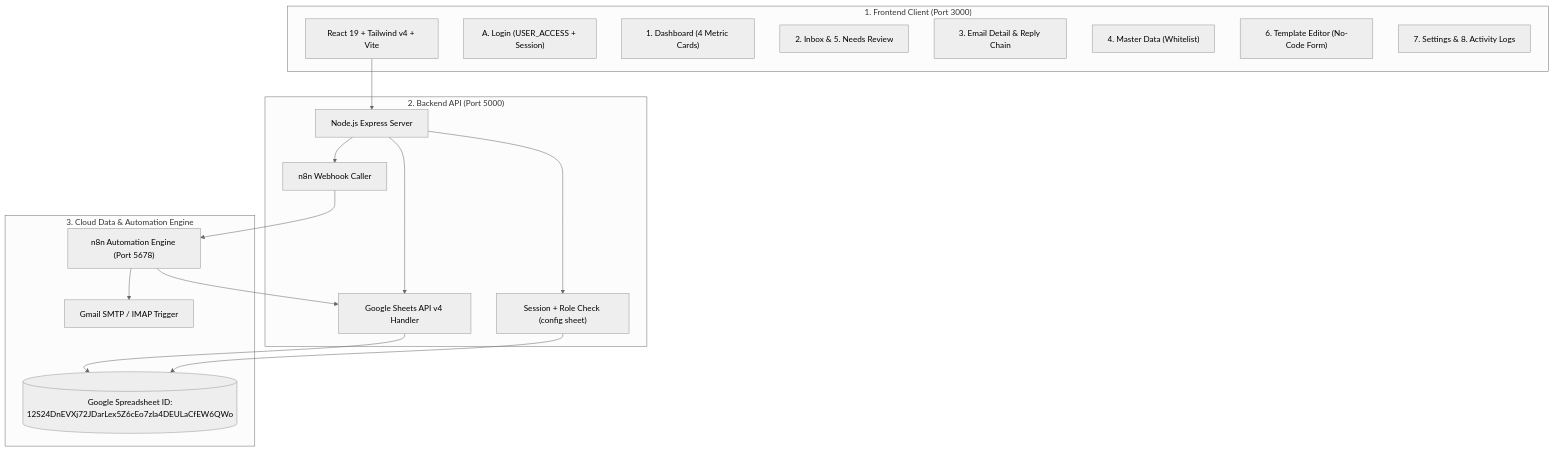
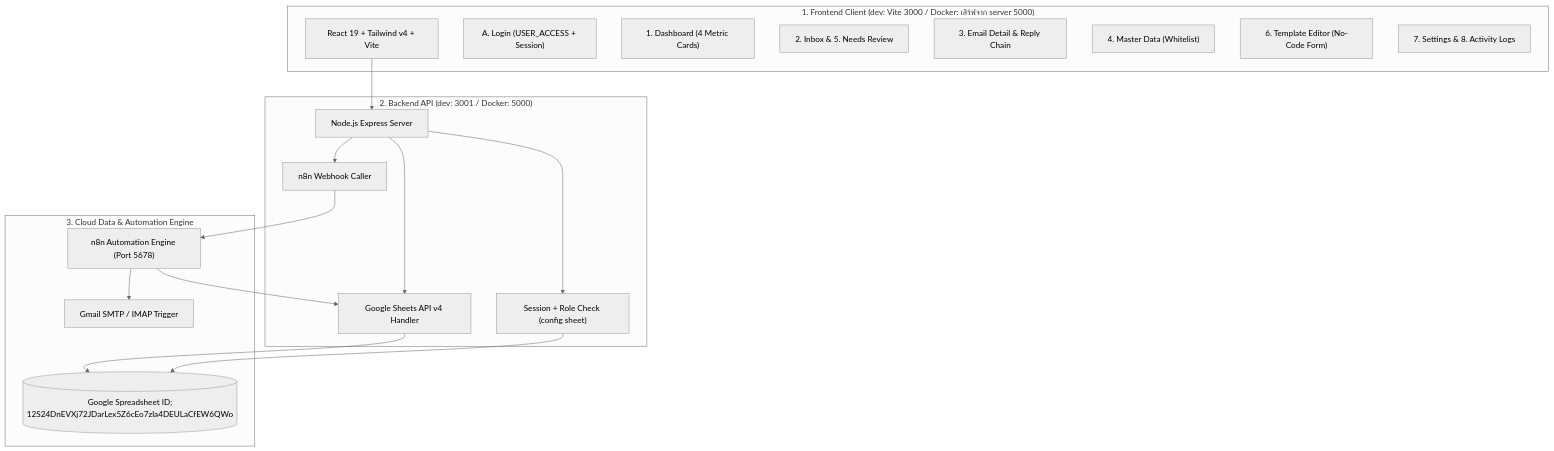
Before and after one commit to chartnayodom/n8n_sandbox: the diagram in docs/PROJECT_HANDOVER_AND_MIGRATION_GUIDE.md, drawn with Mermaid (neutral theme). The commit also changed other lines of this file and 4 other files, not shown here.

````diff
--- a/docs/PROJECT_HANDOVER_AND_MIGRATION_GUIDE.md
+++ b/docs/PROJECT_HANDOVER_AND_MIGRATION_GUIDE.md
@@ -36,33 +36,33 @@
 ```mermaid
 flowchart TD
-    subgraph ClientLayer ["1. Frontend Client (Port 3000)"]
+    subgraph ClientLayer ["1. Frontend Client (dev: Vite 3000 / Docker: เสิร์ฟจาก server 5000)"]
         UI["React 19 + Tailwind v4 + Vite"]
         LoginUI["A. Login (USER_ACCESS + Session)"]
         DashUI["1. Dashboard (4 Metric Cards)"]
         InboxUI["2. Inbox & 5. Needs Review"]
         DetailUI["3. Email Detail & Reply Chain"]
         MasterUI["4. Master Data (Whitelist)"]
         TplUI["6. Template Editor (No-Code Form)"]
         SetUI["7. Settings & 8. Activity Logs"]
     end
 
-    subgraph ServerLayer ["2. Backend API (Port 5000)"]
+    subgraph ServerLayer ["2. Backend API (dev: 3001 / Docker: 5000)"]
         API["Node.js Express Server"]
         AuthService["Session + Role Check (config sheet)"]
         SheetsService["Google Sheets API v4 Handler"]
         WebhookTrigger["n8n Webhook Caller"]
     end
 
     subgraph StorageLayer ["3. Cloud Data & Automation Engine"]
         GSheets[("Google Spreadsheet ID:\n12S24DnEVXj72JDarLex5Z6cEo7zla4DEULaCfEW6QWo")]
         N8N["n8n Automation Engine (Port 5678)"]
         GmailSMTP["Gmail SMTP / IMAP Trigger"]
     end
 
     UI --> API
     API --> AuthService --> GSheets
     API --> SheetsService --> GSheets
     API --> WebhookTrigger --> N8N
     N8N --> SheetsService
     N8N --> GmailSMTP
 ```
````
